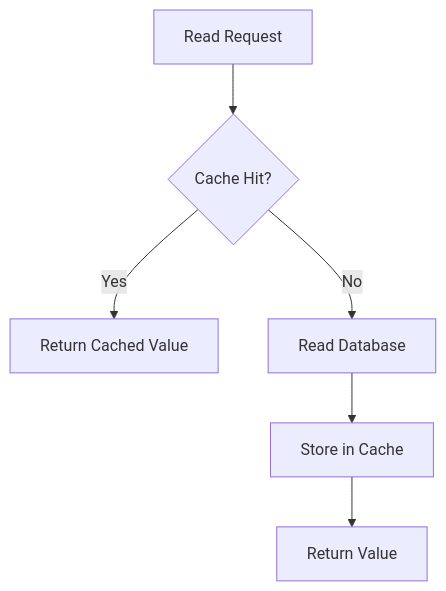
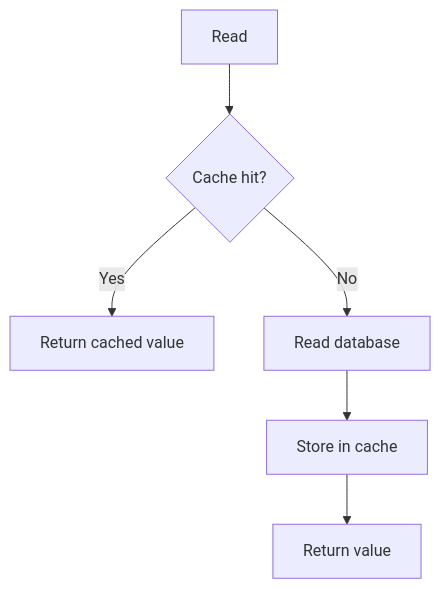
The seventh of 12 diagrams in src/content/system-design/caching-layers-stampede.md (AvadhBhalodiya/Interview-Preparation), drawn with Mermaid before and after one commit. The commit also changed other lines of this file and 54 other files, not shown here.

````diff
--- a/src/content/system-design/caching-layers-stampede.md
+++ b/src/content/system-design/caching-layers-stampede.md
@@ -411,8 +359,8 @@
 ```mermaid
 flowchart TD
-    R[Read Request] --> C{Cache Hit?}
-    C -->|Yes| V[Return Cached Value]
-    C -->|No| D[Read Database]
-    D --> S[Store in Cache]
-    S --> V2[Return Value]
+    R[Read] --> C{Cache hit?}
+    C -->|Yes| V[Return cached value]
+    C -->|No| D[Read database]
+    D --> S[Store in cache]
+    S --> V2[Return value]
 ```
````
